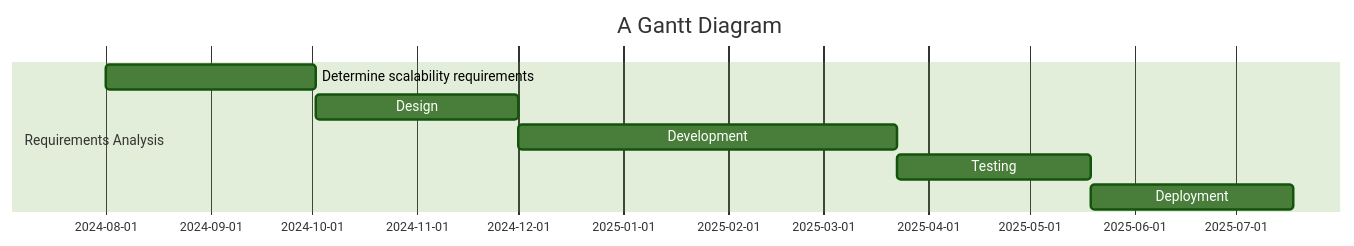
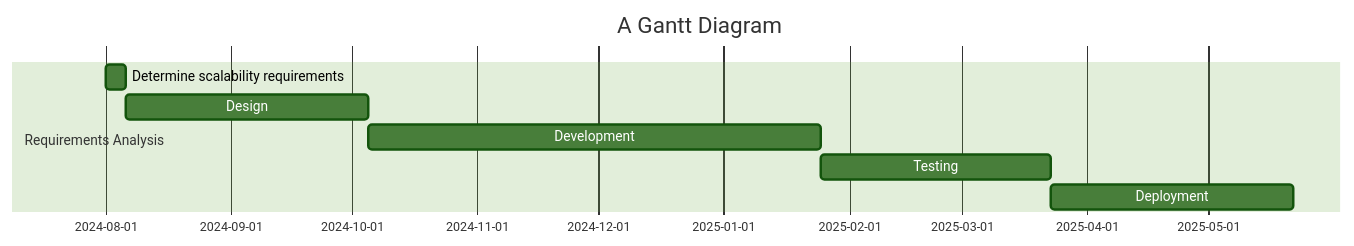
The diagram in all/Code Gantt Chart.md (sayshelley/iodraw-files), drawn with Mermaid (forest theme) before and after one commit.

Commit message:
2024-10-04 22:30:40 update

````diff
--- a/all/Code Gantt Chart.md
+++ b/all/Code Gantt Chart.md
@@ -1,15 +1,15 @@
 ```mermaid
 gantt
     title A Gantt Diagram
     dateFormat  YYYY-MM-DD
     section Requirements Analysis
-    Determine scalability requirements :a1, 2024-08-01, 62d
+    Determine scalability requirements :a1, 2024-08-01, 5d
     Design :a2, after a1, 60d
     Development: a3, after a2, 112d
     Testing: a4, after a3, 57d
     Deployment : a5, after a4, 60d
     
 
 
    
 ```
````
